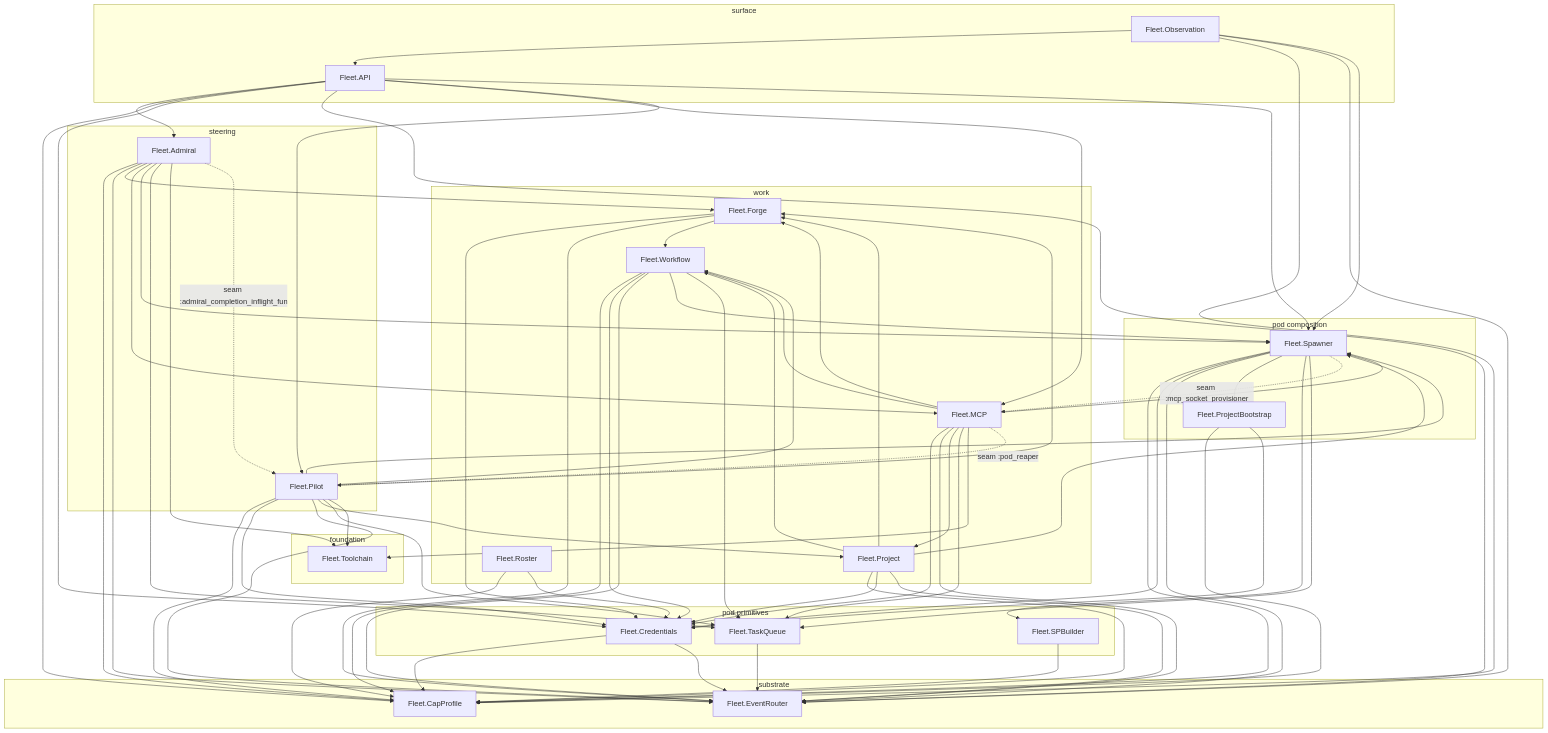
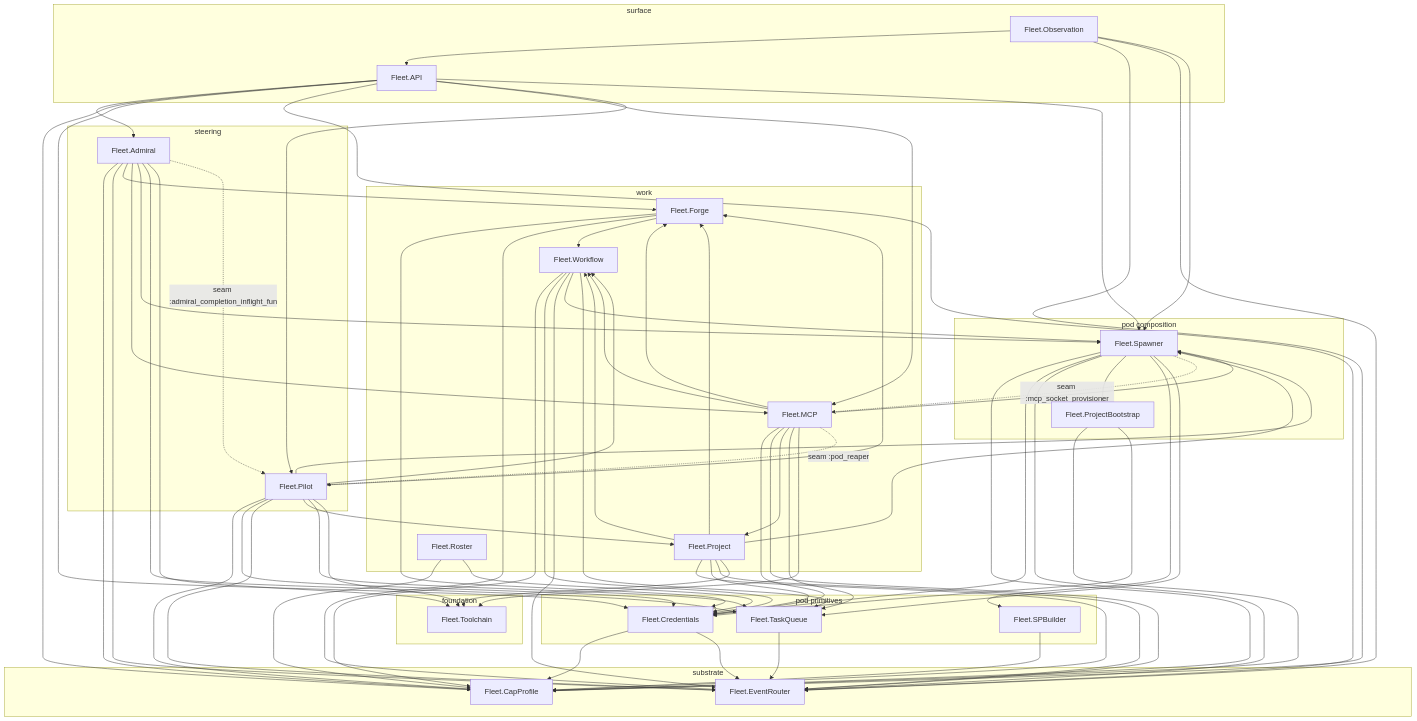
The diagram in runtime/README.md (zUrp-Embedded/LCARS-fleet), drawn with Mermaid before and after one commit. The commit also changed 54 other files, not shown here.

```diff
--- a/runtime/README.md
+++ b/runtime/README.md
@@ -105,6 +105,7 @@
     Fleet_Project --> Fleet_EventRouter
     Fleet_Project --> Fleet_Forge
     Fleet_Project --> Fleet_Spawner
+    Fleet_Project --> Fleet_Toolchain
     Fleet_Project --> Fleet_Workflow
     Fleet_ProjectBootstrap --> Fleet_CapProfile
     Fleet_ProjectBootstrap --> Fleet_Credentials
```
